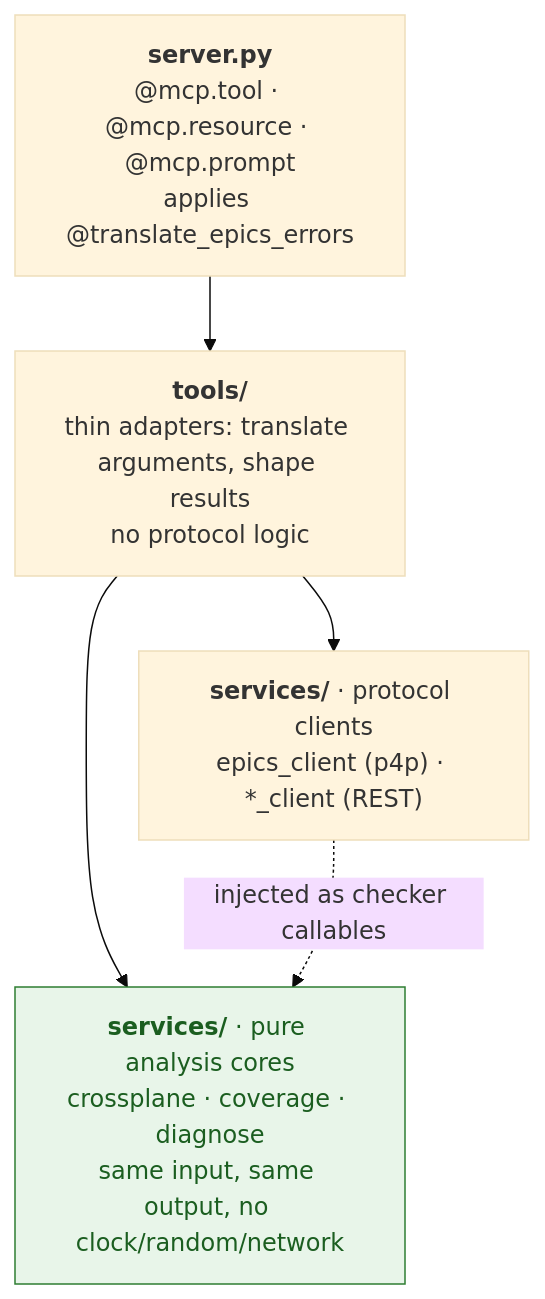
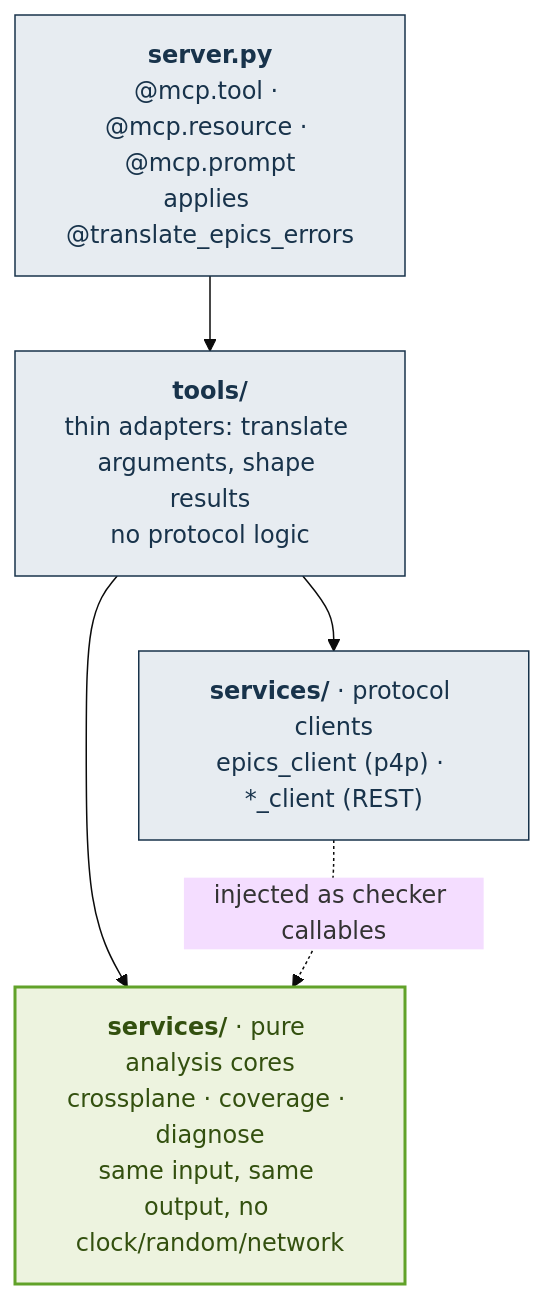
One commit to epicDirk/EPICS-MCP changed the first of 2 diagrams in ARCHITECTURE.md. Above: the diagram before and after it, drawn with Mermaid (base theme). The commit also changed other lines of this file, not shown here.

First line of the commit message:
docs(architecture): recolour the diagrams in the EPICS palette, contrast-checked (A6)

````diff
--- a/ARCHITECTURE.md
+++ b/ARCHITECTURE.md
@@ -10,14 +10,19 @@
 ```mermaid
 graph TD
     A["<b>server.py</b><br/>@mcp.tool · @mcp.resource · @mcp.prompt<br/>applies @translate_epics_errors"]
     B["<b>tools/</b><br/>thin adapters: translate arguments, shape results<br/>no protocol logic"]
     C["<b>services/</b> · pure analysis cores<br/>crossplane · coverage · diagnose<br/>same input, same output, no clock/random/network"]
     D["<b>services/</b> · protocol clients<br/>epics_client (p4p) · *_client (REST)"]
 
     A --> B
     B --> C
     B --> D
     D -. "injected as checker callables" .-> C
 
-    style C fill:#e8f5e9,stroke:#2e7d32,color:#1b5e20
+    %% EPICS palette: #18334B is the single colour of the official EPICS logo, the greens and
+    %% grey-blues are taken from epics-controls.org (link, button and secondary-text colours).
+    classDef layer fill:#E7ECF1,stroke:#18334B,stroke-width:1px,color:#18334B
+    classDef core fill:#EDF3DF,stroke:#61A229,stroke-width:2px,color:#33500F
+    class A,B,D layer
+    class C core
 ```
````
